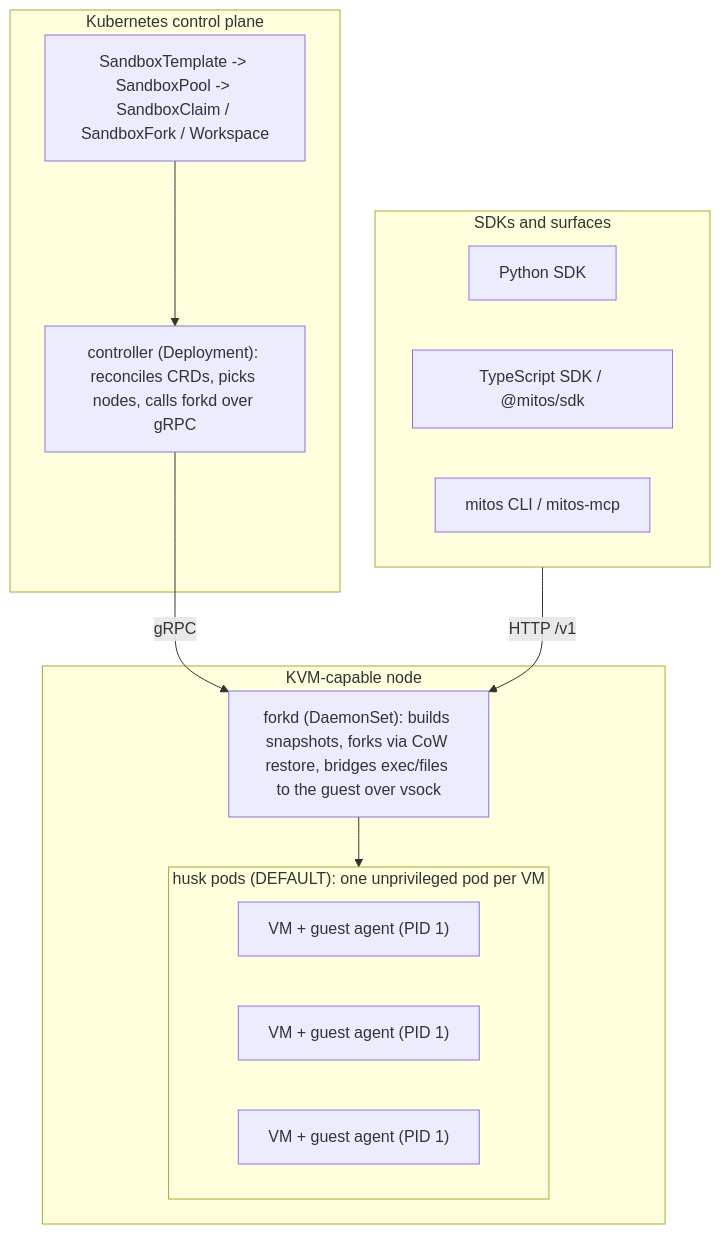
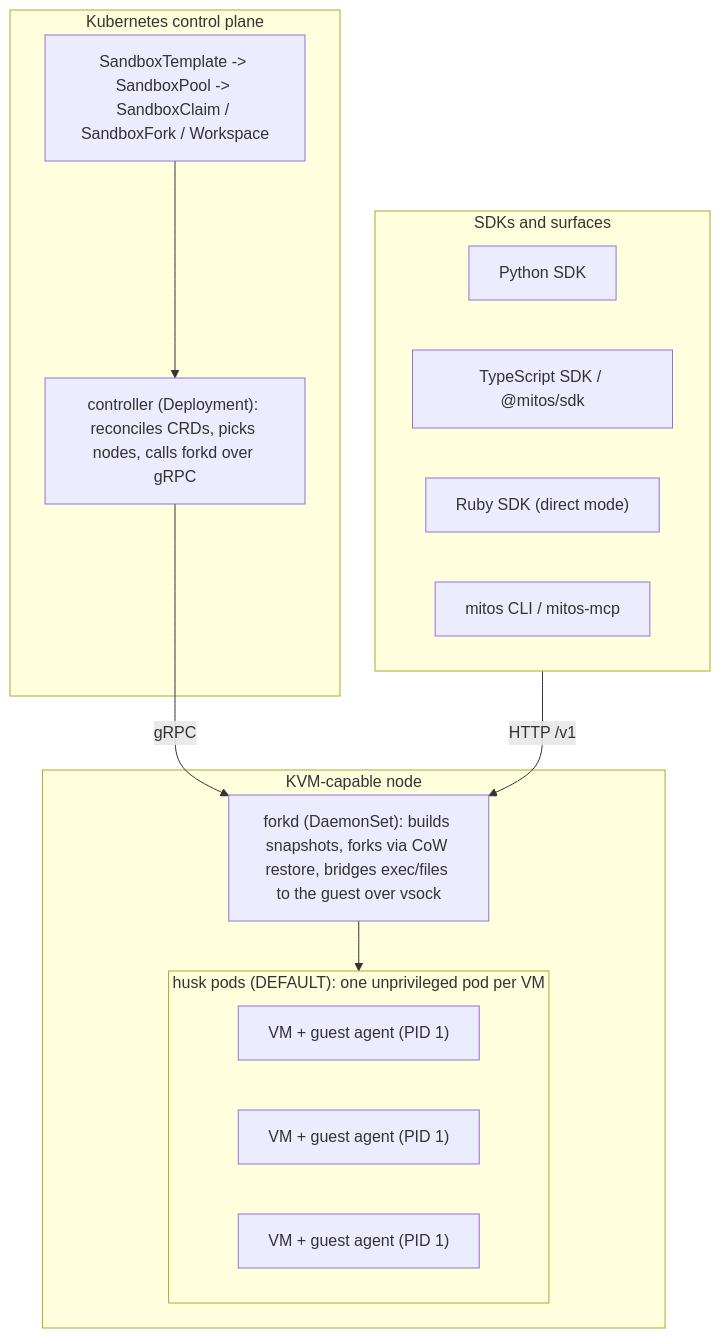
Before and after one commit to mitos-run/mitos: the diagram in README.md, drawn with Mermaid. The commit also changed other lines of this file and 9 other files, not shown here.

First line of the commit message:
feat(sdk): official Ruby SDK (direct mode, hosted mitos.run) (#250)

````diff
--- a/README.md
+++ b/README.md
@@ -329,27 +331,28 @@
 ```mermaid
 flowchart TB
   subgraph SDKs["SDKs and surfaces"]
     PY["Python SDK"]
     TS["TypeScript SDK / @mitos/sdk"]
+    RB["Ruby SDK (direct mode)"]
     CLI["mitos CLI / mitos-mcp"]
   end
 
   subgraph CP["Kubernetes control plane"]
     CRD["SandboxTemplate -> SandboxPool -> SandboxClaim / SandboxFork / Workspace"]
     CTRL["controller (Deployment): reconciles CRDs, picks nodes, calls forkd over gRPC"]
     CRD --> CTRL
   end
 
   subgraph NODE["KVM-capable node"]
     FORKD["forkd (DaemonSet): builds snapshots, forks via CoW restore, bridges exec/files to the guest over vsock"]
     subgraph PODS["husk pods (DEFAULT): one unprivileged pod per VM"]
       VM1["VM + guest agent (PID 1)"]
       VM2["VM + guest agent (PID 1)"]
       VM3["VM + guest agent (PID 1)"]
     end
     FORKD --> PODS
   end
 
   SDKs -->|HTTP /v1| FORKD
   CTRL -->|gRPC| FORKD
 ```
````
